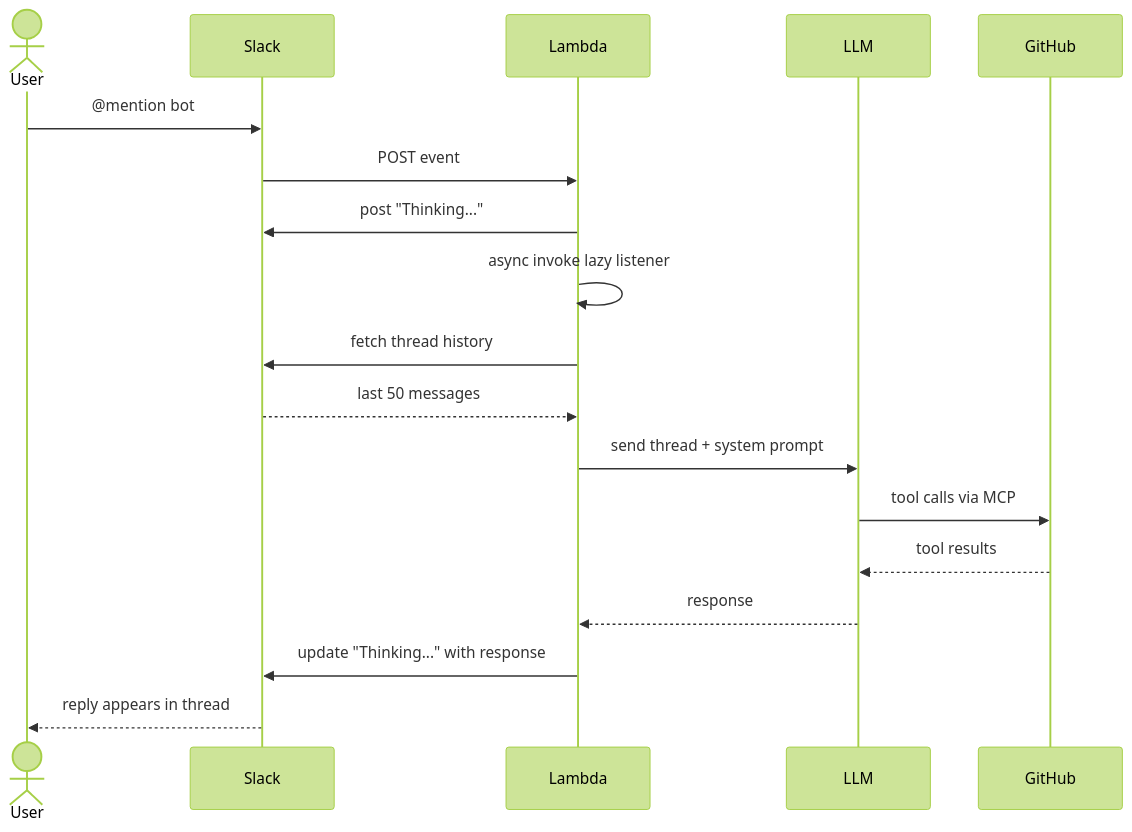
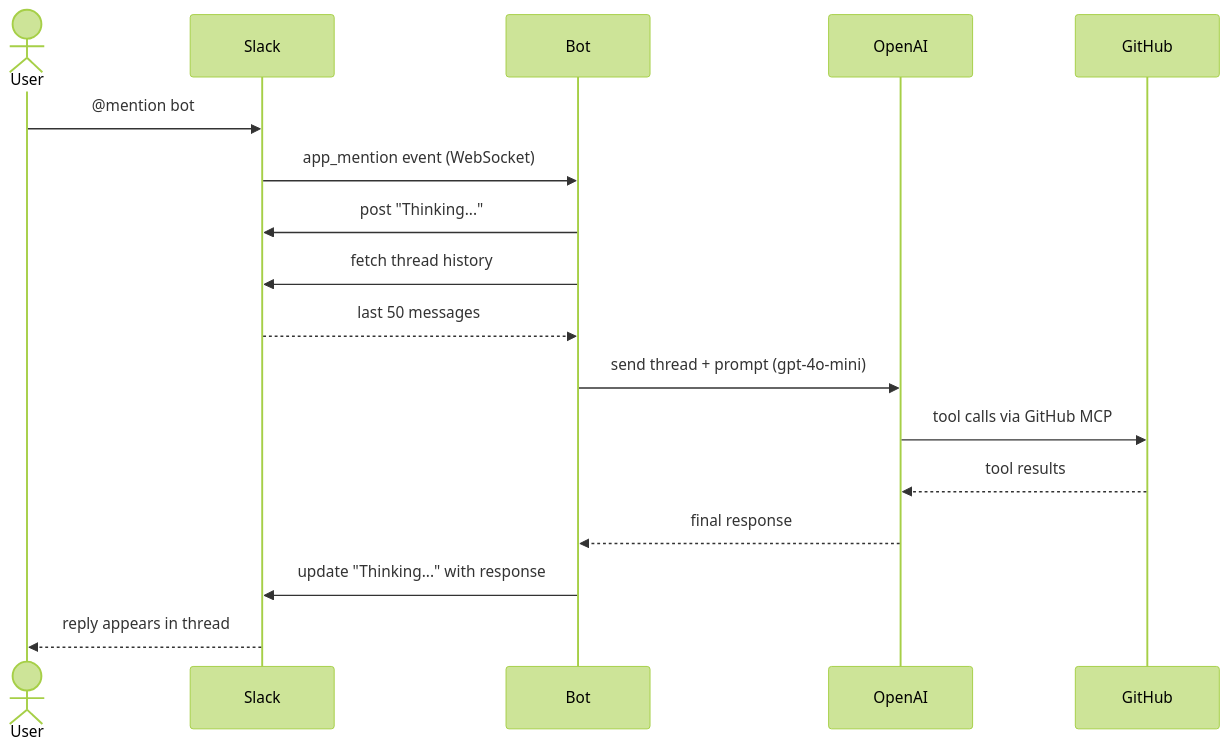
The diagram in README.md (alecryan88/slack_bot), drawn with Mermaid (forest theme) before and after one commit. The commit also changed other lines of this file, not shown here.

First line of the commit message:
docs: rewrite README to reflect current Socket Mode and OpenAI implementation

````diff
--- a/README.md
+++ b/README.md
@@ -7,22 +7,20 @@
 ```mermaid
 sequenceDiagram
     actor User
     participant Slack
-    participant Lambda
-    participant LLM
+    participant Bot
+    participant OpenAI
     participant GitHub
 
     User->>Slack: @mention bot
-    Slack->>Lambda: POST event
-    Lambda->>Slack: post "Thinking..."
-    Lambda->>Lambda: async invoke lazy listener
-
-    Lambda->>Slack: fetch thread history
-    Slack-->>Lambda: last 50 messages
-    Lambda->>LLM: send thread + system prompt
-    LLM->>GitHub: tool calls via MCP
-    GitHub-->>LLM: tool results
-    LLM-->>Lambda: response
-    Lambda->>Slack: update "Thinking..." with response
+    Slack->>Bot: app_mention event (WebSocket)
+    Bot->>Slack: post "Thinking..."
+    Bot->>Slack: fetch thread history
+    Slack-->>Bot: last 50 messages
+    Bot->>OpenAI: send thread + prompt (gpt-4o-mini)
+    OpenAI->>GitHub: tool calls via GitHub MCP
+    GitHub-->>OpenAI: tool results
+    OpenAI-->>Bot: final response
+    Bot->>Slack: update "Thinking..." with response
     Slack-->>User: reply appears in thread
 ```
````
